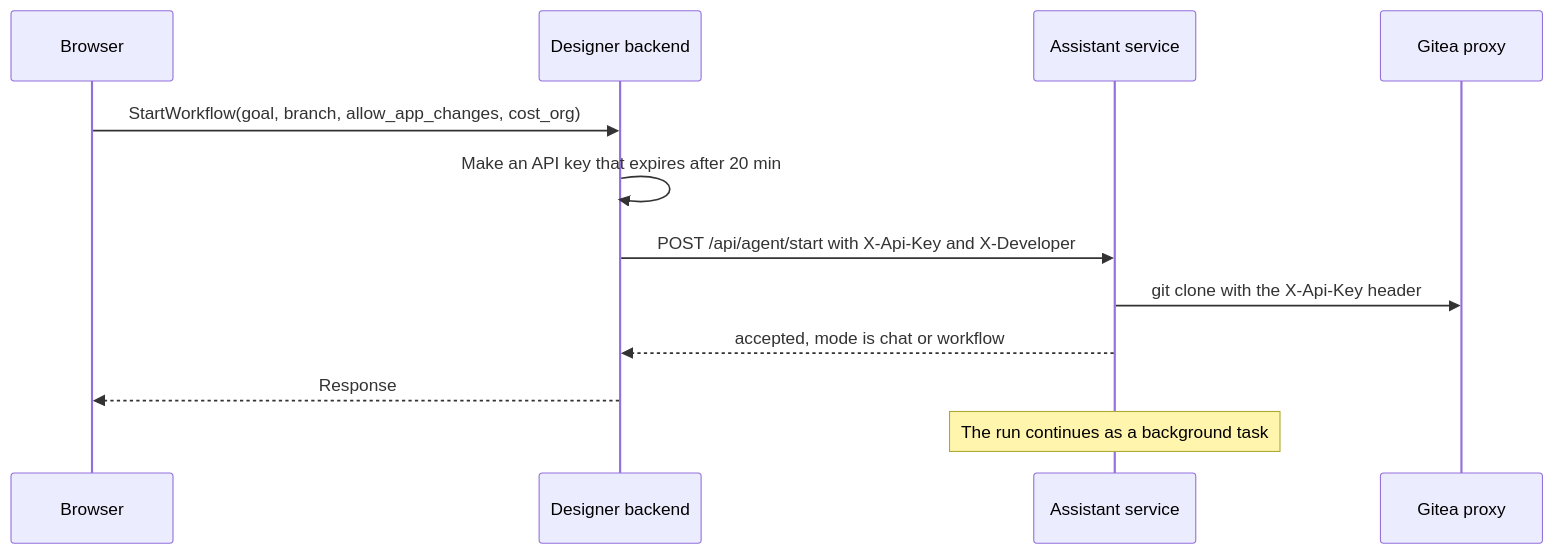
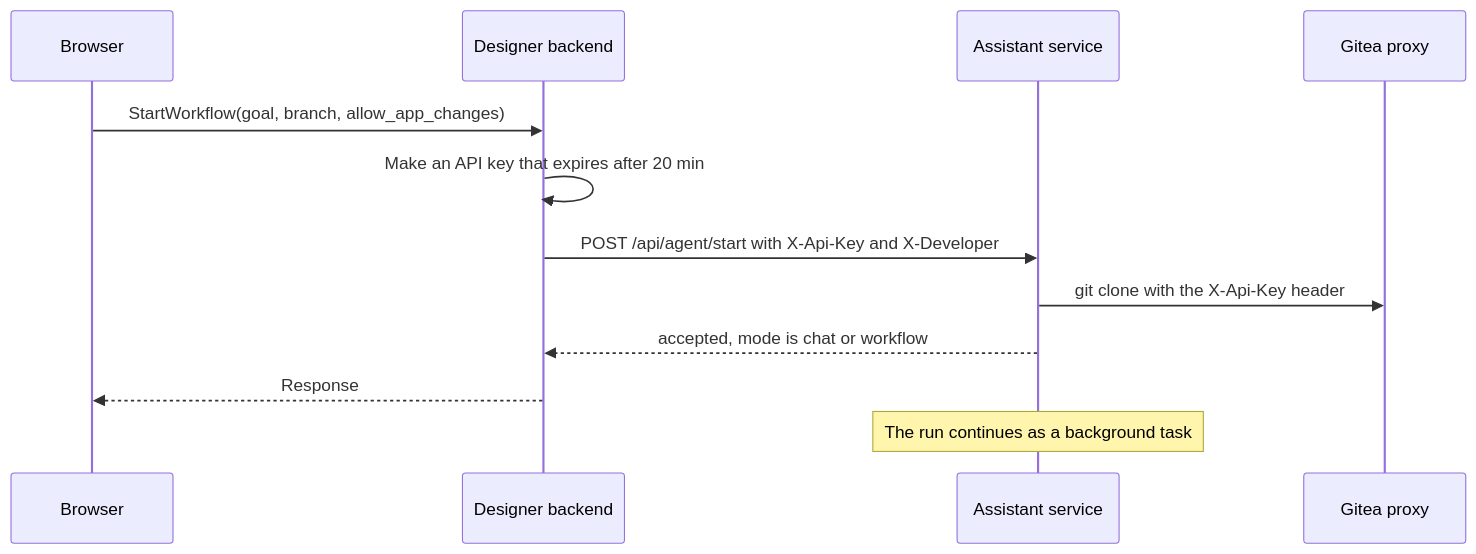
The fourth of 10 diagrams in src/AI/assistant/docs/2-system-context.md (Altinn/altinn-studio), drawn with Mermaid before and after one commit. The commit also changed other lines of this file and 38 other files, not shown here.

First line of the commit message:
feat(assistant): resolve the cost org on the server instead of asking

````diff
--- a/src/AI/assistant/docs/2-system-context.md
+++ b/src/AI/assistant/docs/2-system-context.md
@@ -61,14 +61,14 @@
 ```mermaid
 sequenceDiagram
   participant B as Browser
   participant D as Designer backend
   participant A as Assistant service
   participant G as Gitea proxy
-  B->>D: StartWorkflow(goal, branch, allow_app_changes, cost_org)
+  B->>D: StartWorkflow(goal, branch, allow_app_changes)
   D->>D: Make an API key that expires after 20 min
   D->>A: POST /api/agent/start with X-Api-Key and X-Developer
   A->>G: git clone with the X-Api-Key header
   A-->>D: accepted, mode is chat or workflow
   D-->>B: Response
   Note over A: The run continues as a background task
 ```
````
